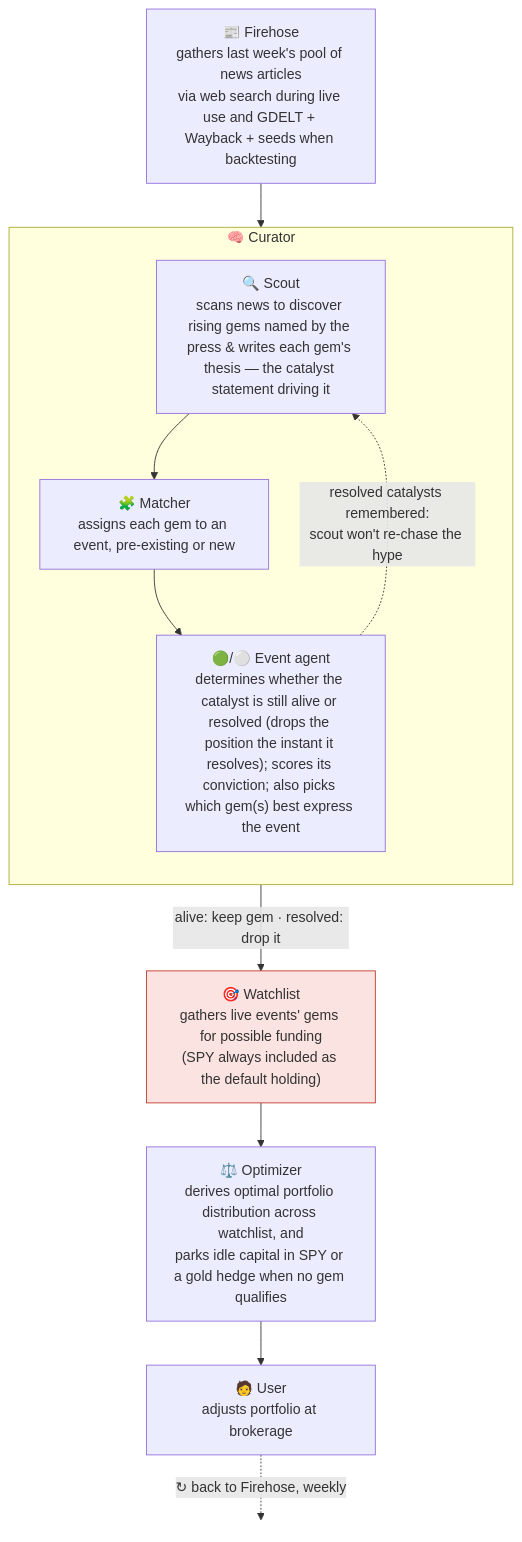
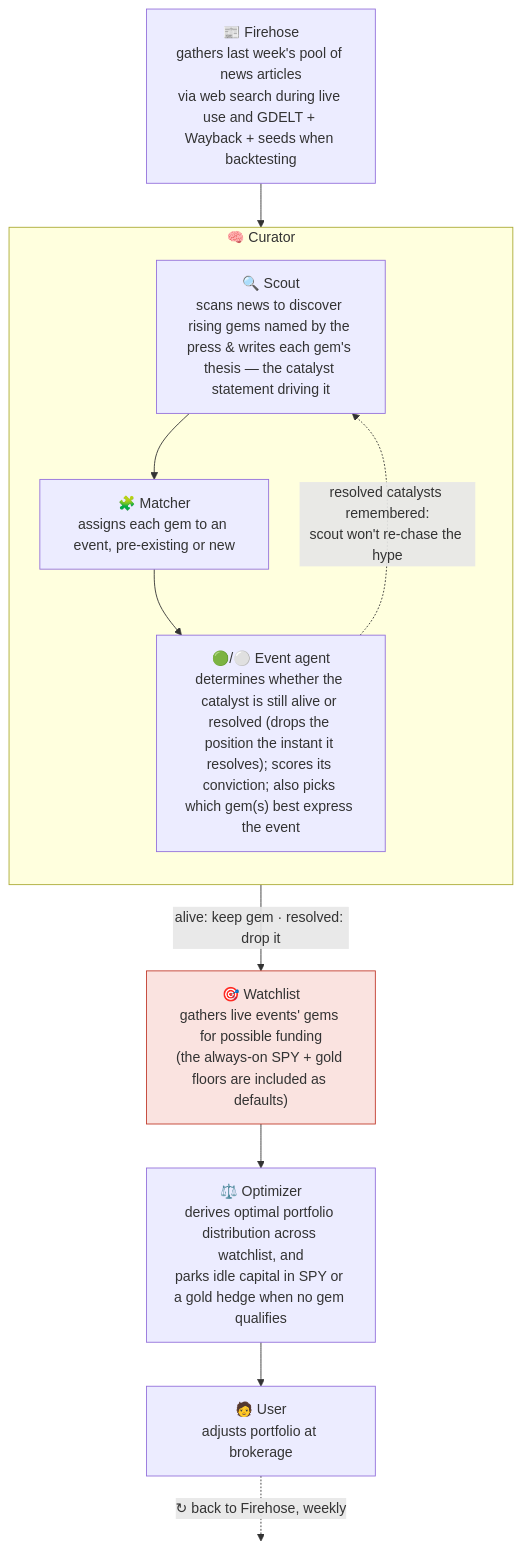
The first of 2 diagrams in README.md (joehahn/geo-herd-rider), drawn with Mermaid before and after one commit.

Commit message:
README diagram: Watchlist (red) box names both SPY + gold floors as defaults (was SPY only)
Both floors are always-on watchlist candidates, so naming only SPY was inconsistent with the Optimizer
box ('SPY or a gold hedge'). Now: 'the always-on SPY + gold floors are included as defaults'.

````diff
--- a/README.md
+++ b/README.md
@@ -18,26 +18,26 @@
 ```mermaid
 flowchart TD
     S["📰 Firehose<br/>gathers last week's pool of news articles<br/>via web search during live use and GDELT + Wayback + seeds when backtesting"]
     S --> SC
 
     subgraph CUR["🧠 Curator"]
       direction TB
       SC["🔍 Scout<br/>scans news to discover rising gems named by the press & writes each gem's thesis — the catalyst statement driving it"]
       MA["🧩 Matcher<br/>assigns each gem to an event, pre-existing or new"]
       AG["🟢/⚪ Event agent<br/>determines whether the catalyst is still alive or resolved (drops the position the instant it resolves); scores its conviction; also picks which gem(s) best express the event"]
       SC --> MA --> AG
     end
 
-    E["🎯 Watchlist<br/>gathers live events' gems for possible funding<br/>(SPY always included as the default holding)"]
+    E["🎯 Watchlist<br/>gathers live events' gems for possible funding<br/>(the always-on SPY + gold floors are included as defaults)"]
     W["⚖️ Optimizer<br/>derives optimal portfolio distribution across watchlist, and<br/>parks idle capital in SPY or a gold hedge when no gem qualifies"]
     U["🧑 User<br/>adjusts portfolio at brokerage"]
 
     AG -- "alive: keep gem · resolved: drop it" --> E
     AG -. "resolved catalysts remembered:<br/>scout won't re-chase the hype" .-> SC
     E --> W --> U
     U -. "↻ back to Firehose, weekly" .-> X(( ))
     style X fill:none,stroke:none
 
     classDef bet fill:#fae3e0,stroke:#c0392b;
     class E bet
 ```
````
